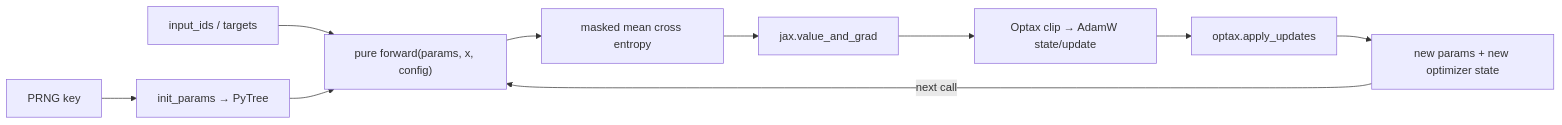
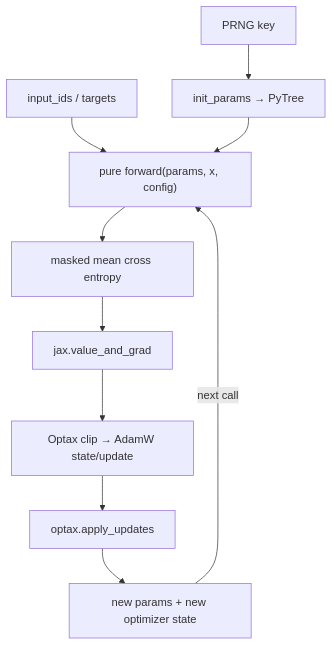
Before and after one commit to NightLemon/about-llm: the diagram in docs/practice/projects/jax-minigpt.md, drawn with Mermaid. The commit also changed other lines of this file and 2 other files, not shown here.

````diff
--- a/docs/practice/projects/jax-minigpt.md
+++ b/docs/practice/projects/jax-minigpt.md
@@ -72,12 +102,12 @@
 ```mermaid
-flowchart LR
+flowchart TB
     K["PRNG key"] --> I["init_params → PyTree"]
     X["input_ids / targets"] --> F["pure forward(params, x, config)"]
     I --> F
     F --> L["masked mean cross entropy"]
     L --> G["jax.value_and_grad"]
     G --> O["Optax clip → AdamW state/update"]
     O --> U["optax.apply_updates"]
     U --> N["new params + new optimizer state"]
     N -->|"next call"| F
 ```
````
